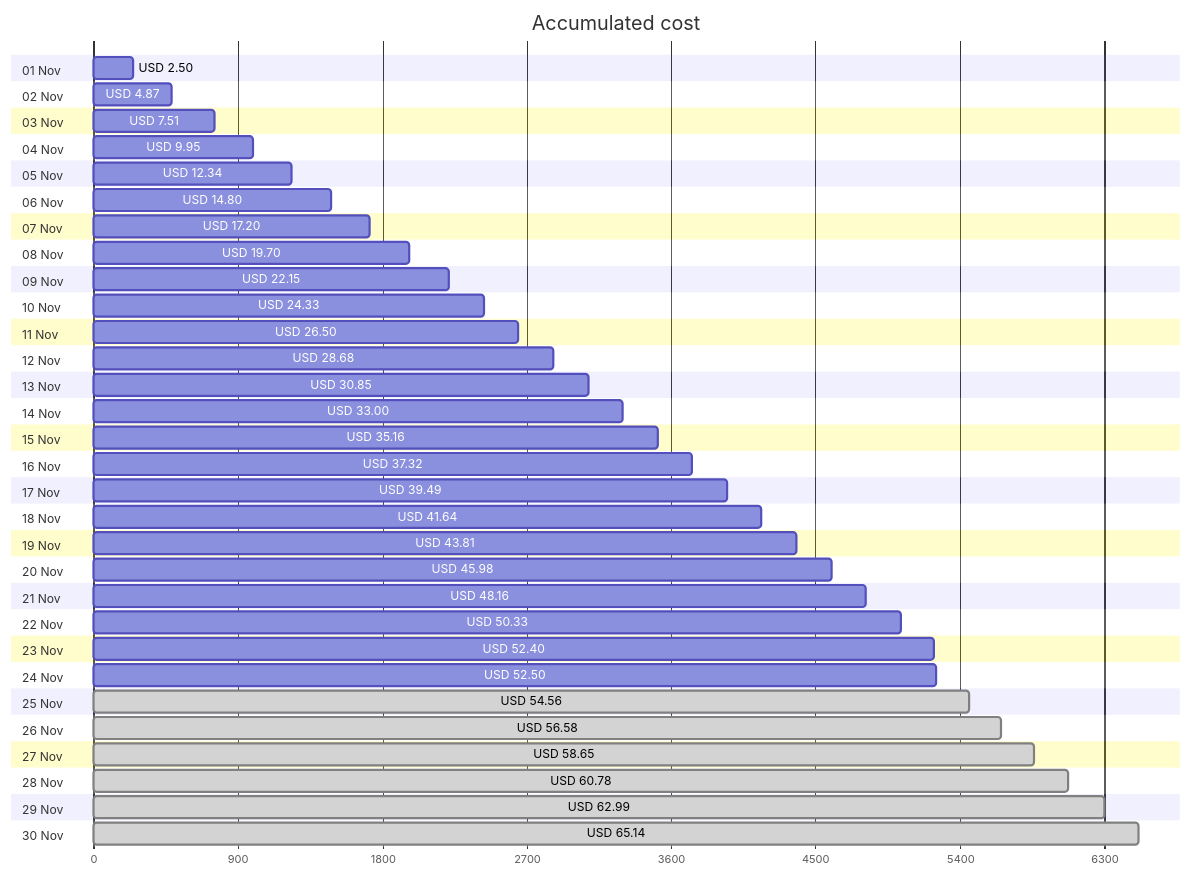
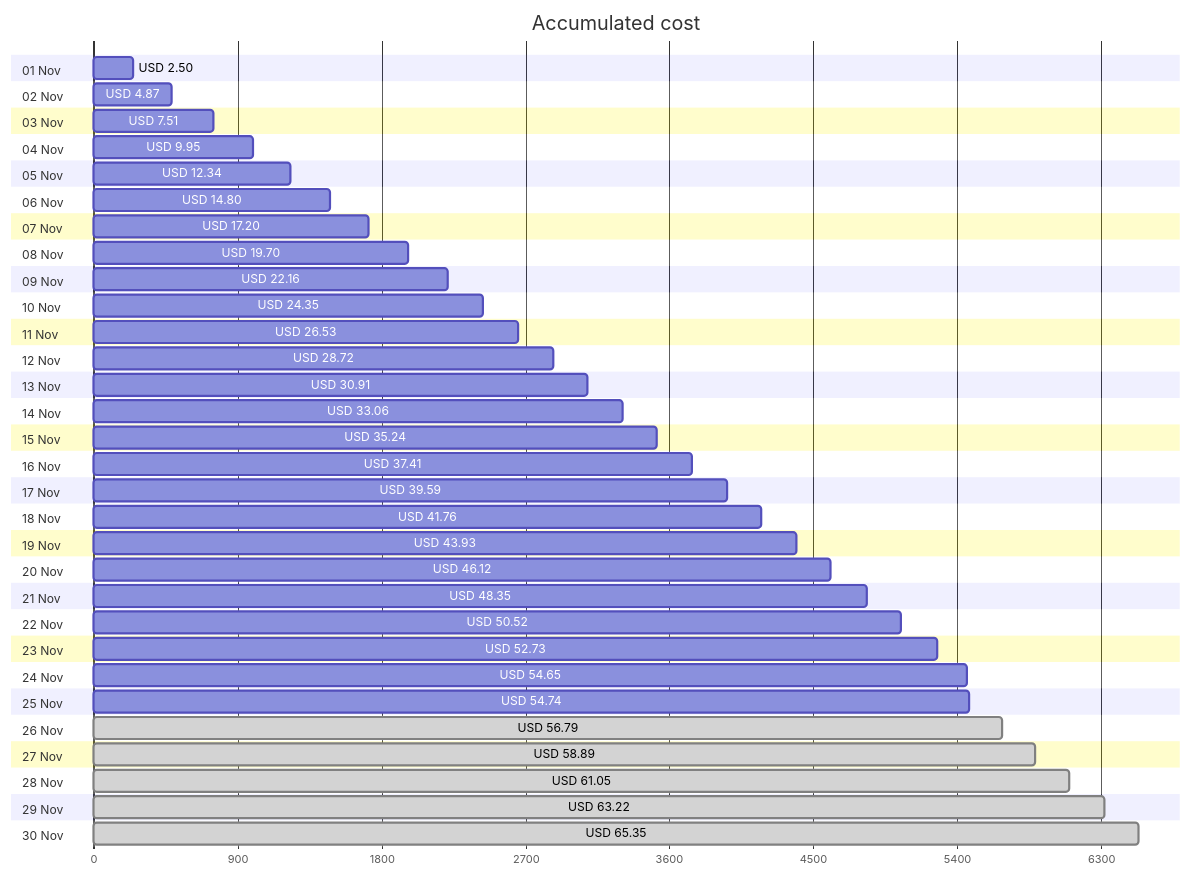
Before and after one commit to jpfulton/azure-personal-reports: the first of 4 diagrams in cost-reports/accumulated-cost.md, drawn with Mermaid. The commit also changed other lines of this file and 4 other files, not shown here.

````diff
--- a/cost-reports/accumulated-cost.md
+++ b/cost-reports/accumulated-cost.md
@@ -20,66 +20,66 @@
 ```mermaid
 gantt
    title Accumulated cost
    dateFormat  X
    axisFormat %s
    section 01 Nov
    USD 2.50 :0, 250
    section 02 Nov
    USD 4.87 :0, 487
    section 03 Nov
    USD 7.51 :0, 751
    section 04 Nov
    USD 9.95 :0, 995
    section 05 Nov
    USD 12.34 :0, 1234
    section 06 Nov
    USD 14.80 :0, 1480
    section 07 Nov
    USD 17.20 :0, 1720
    section 08 Nov
    USD 19.70 :0, 1970
    section 09 Nov
-   USD 22.15 :0, 2215
+   USD 22.16 :0, 2216
    section 10 Nov
-   USD 24.33 :0, 2433
+   USD 24.35 :0, 2435
    section 11 Nov
-   USD 26.50 :0, 2650
+   USD 26.53 :0, 2653
    section 12 Nov
-   USD 28.68 :0, 2868
+   USD 28.72 :0, 2872
    section 13 Nov
-   USD 30.85 :0, 3085
+   USD 30.91 :0, 3091
    section 14 Nov
-   USD 33.00 :0, 3300
+   USD 33.06 :0, 3306
    section 15 Nov
-   USD 35.16 :0, 3516
+   USD 35.24 :0, 3524
    section 16 Nov
-   USD 37.32 :0, 3732
+   USD 37.41 :0, 3741
    section 17 Nov
-   USD 39.49 :0, 3949
+   USD 39.59 :0, 3959
    section 18 Nov
-   USD 41.64 :0, 4164
+   USD 41.76 :0, 4176
    section 19 Nov
-   USD 43.81 :0, 4381
+   USD 43.93 :0, 4393
    section 20 Nov
-   USD 45.98 :0, 4598
+   USD 46.12 :0, 4612
    section 21 Nov
-   USD 48.16 :0, 4816
+   USD 48.35 :0, 4835
    section 22 Nov
-   USD 50.33 :0, 5033
+   USD 50.52 :0, 5052
    section 23 Nov
-   USD 52.40 :0, 5240
+   USD 52.73 :0, 5273
    section 24 Nov
-   USD 52.50 :0, 5250
+   USD 54.65 :0, 5465
    section 25 Nov
-   USD 54.56 : done, 0, 5456
+   USD 54.74 :0, 5474
    section 26 Nov
-   USD 56.58 : done, 0, 5658
+   USD 56.79 : done, 0, 5679
    section 27 Nov
-   USD 58.65 : done, 0, 5865
+   USD 58.89 : done, 0, 5889
    section 28 Nov
-   USD 60.78 : done, 0, 6078
+   USD 61.05 : done, 0, 6105
    section 29 Nov
-   USD 62.99 : done, 0, 6299
+   USD 63.22 : done, 0, 6322
    section 30 Nov
-   USD 65.14 : done, 0, 6514
+   USD 65.35 : done, 0, 6535
 ```
````
